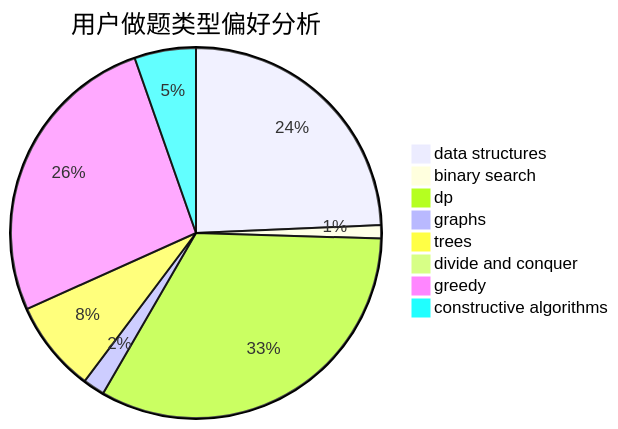
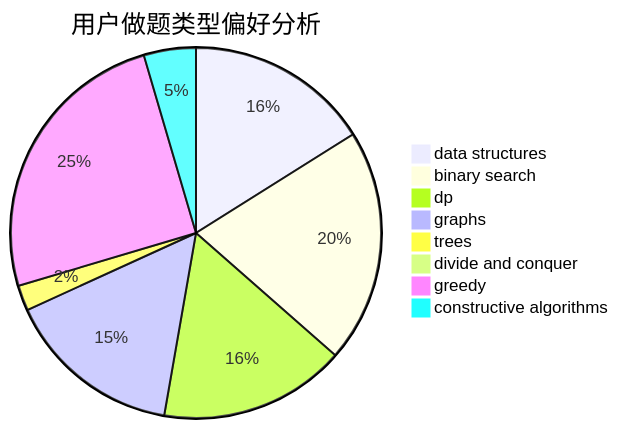
Before and after one commit to sherpahu/cfrs.github.io: the second of 3 diagrams in docs/user/u2156.md, drawn with Mermaid. The commit also changed other lines of this file and 2770 other files, not shown here.

````diff
--- a/docs/user/u2156.md
+++ b/docs/user/u2156.md
@@ -23,11 +23,11 @@
 ```mermaid
 pie title 用户做题类型偏好分析
-    "data structures" :  358
-    "binary search" :  17
-    "dp" :  484
-    "graphs" :  28
-    "trees" :  118
-    "divide and conquer" :  8
-    "greedy" :  388
-    "constructive algorithms" :  79
+    "data structures" :  152
+    "binary search" :  193
+    "dp" :  154
+    "graphs" :  146
+    "trees" :  21
+    "divide and conquer" :  0
+    "greedy" :  237
+    "constructive algorithms" :  43
 ```
````
